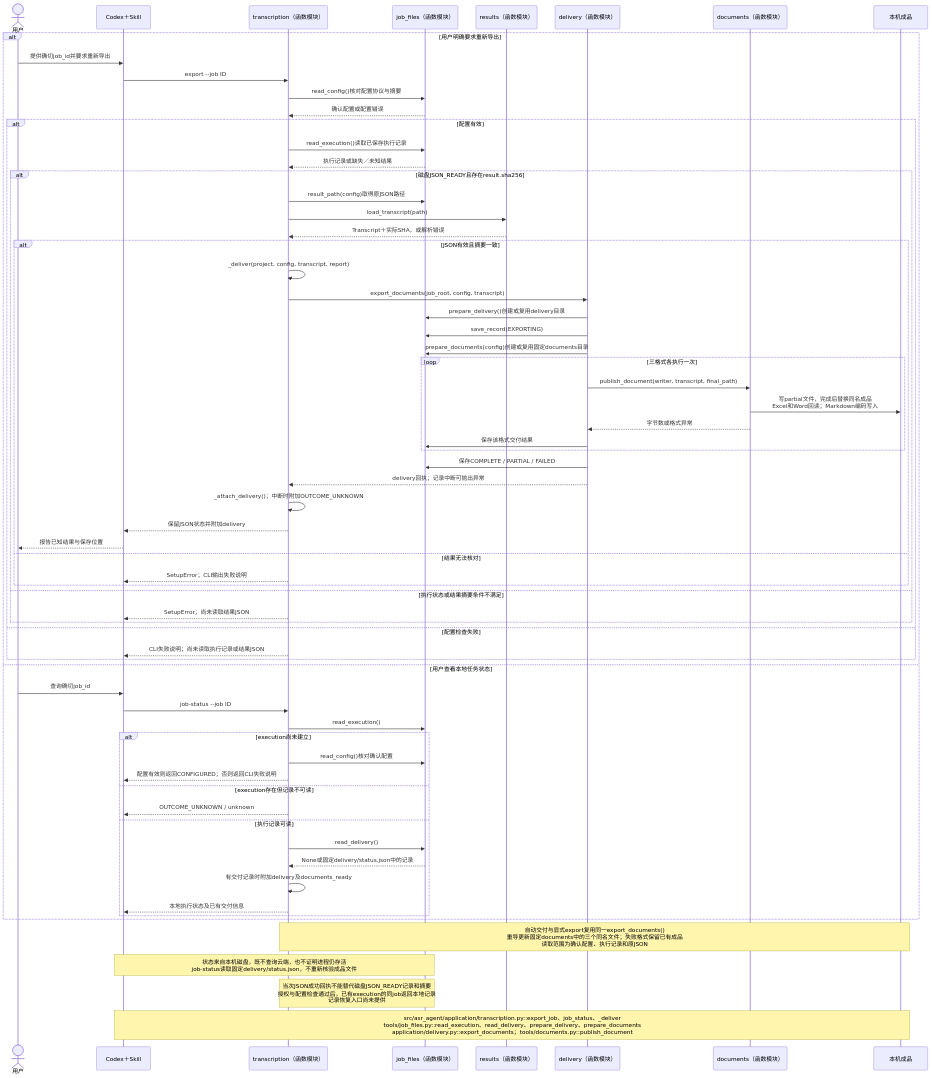
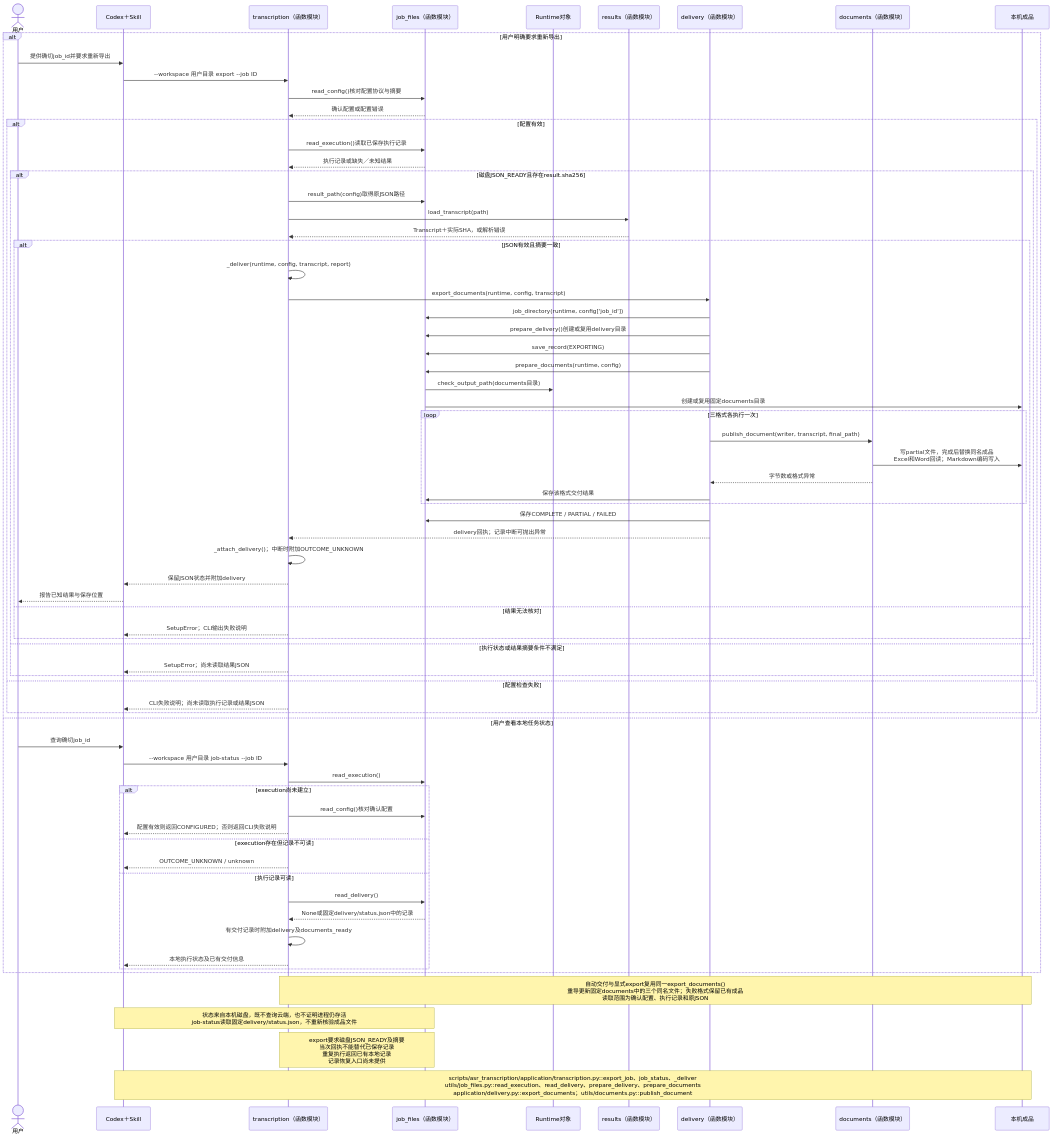
The diagram in doc/uml/06-export.mmd (hx101700/asr-agent), drawn with Mermaid before and after one commit. The commit also changed 131 other files, not shown here.

Commit message:
refactor: deliver transcription skill with explicit write boundaries

```diff
--- a/doc/uml/06-export.mmd
+++ b/doc/uml/06-export.mmd
@@ -1,67 +1,71 @@
 sequenceDiagram
 actor U as 用户
 participant C as Codex＋Skill
 participant T as transcription（函数模块）
 participant J as job_files（函数模块）
+participant E as Runtime对象
 participant R as results（函数模块）
 participant D as delivery（函数模块）
 participant W as documents（函数模块）
 participant F as 本机成品
 alt 用户明确要求重新导出
     U->>C: 提供确切job_id并要求重新导出
-    C->>T: export --job ID
+    C->>T: --workspace 用户目录 export --job ID
     T->>J: read_config()核对配置协议与摘要
     J-->>T: 确认配置或配置错误
     alt 配置有效
         T->>J: read_execution()读取已保存执行记录
         J-->>T: 执行记录或缺失／未知结果
         alt 磁盘JSON_READY且存在result.sha256
             T->>J: result_path(config)取得原JSON路径
             T->>R: load_transcript(path)
             R-->>T: Transcript＋实际SHA，或解析错误
             alt JSON有效且摘要一致
-                T->>T: _deliver(project, config, transcript, report)
-                T->>D: export_documents(job_root, config, transcript)
+                T->>T: _deliver(runtime, config, transcript, report)
+                T->>D: export_documents(runtime, config, transcript)
+                D->>J: job_directory(runtime, config['job_id'])
                 D->>J: prepare_delivery()创建或复用delivery目录
                 D->>J: save_record(EXPORTING)
-                D->>J: prepare_documents(config)创建或复用固定documents目录
+                D->>J: prepare_documents(runtime, config)
+                J->>E: check_output_path(documents目录)
+                J->>F: 创建或复用固定documents目录
                 loop 三格式各执行一次
                     D->>W: publish_document(writer, transcript, final_path)
                     W->>F: 写partial文件，完成后替换同名成品<br/>Excel和Word回读；Markdown编码写入
                     W-->>D: 字节数或格式异常
                     D->>J: 保存该格式交付结果
                 end
                 D->>J: 保存COMPLETE / PARTIAL / FAILED
                 D-->>T: delivery回执；记录中断可抛出异常
                 T->>T: _attach_delivery()；中断时附加OUTCOME_UNKNOWN
                 T-->>C: 保留JSON状态并附加delivery
                 C-->>U: 报告已知结果与保存位置
             else 结果无法核对
                 T-->>C: SetupError；CLI输出失败说明
             end
         else 执行状态或结果摘要条件不满足
             T-->>C: SetupError；尚未读取结果JSON
         end
     else 配置检查失败
         T-->>C: CLI失败说明；尚未读取执行记录或结果JSON
     end
 else 用户查看本地任务状态
     U->>C: 查询确切job_id
-    C->>T: job-status --job ID
+    C->>T: --workspace 用户目录 job-status --job ID
     T->>J: read_execution()
     alt execution尚未建立
         T->>J: read_config()核对确认配置
         T-->>C: 配置有效则返回CONFIGURED；否则返回CLI失败说明
     else execution存在但记录不可读
         T-->>C: OUTCOME_UNKNOWN / unknown
     else 执行记录可读
         T->>J: read_delivery()
         J-->>T: None或固定delivery/status.json中的记录
         T->>T: 有交付记录时附加delivery及documents_ready
         T-->>C: 本地执行状态及已有交付信息
     end
 end
 Note over T,F: 自动交付与显式export复用同一export_documents()<br/>重导更新固定documents中的三个同名文件；失败格式保留已有成品<br/>读取范围为确认配置、执行记录和原JSON
 Note over C,J: 状态来自本机磁盘，既不查询云端，也不证明进程仍存活<br/>job-status读取固定delivery/status.json，不重新核验成品文件
-Note over T,J: 当次JSON成功回执不能替代磁盘JSON_READY记录和摘要<br/>授权与配置检查通过后，已有execution的同job返回本地记录<br/>记录恢复入口尚未提供
-Note over C,F: src/asr_agent/application/transcription.py::export_job、job_status、_deliver<br/>tools/job_files.py::read_execution、read_delivery、prepare_delivery、prepare_documents<br/>application/delivery.py::export_documents；tools/documents.py::publish_document
+Note over T,J: export要求磁盘JSON_READY及摘要<br/>当次回执不能替代已保存记录<br/>重复执行返回已有本地记录<br/>记录恢复入口尚未提供
+Note over C,F: scripts/asr_transcription/application/transcription.py::export_job、job_status、_deliver<br/>utils/job_files.py::read_execution、read_delivery、prepare_delivery、prepare_documents<br/>application/delivery.py::export_documents；utils/documents.py::publish_document
```
